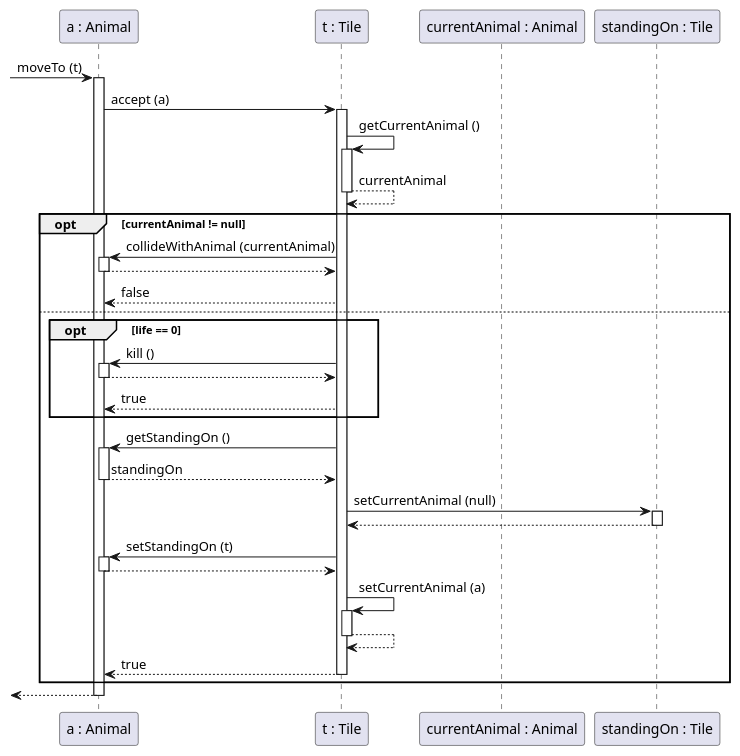
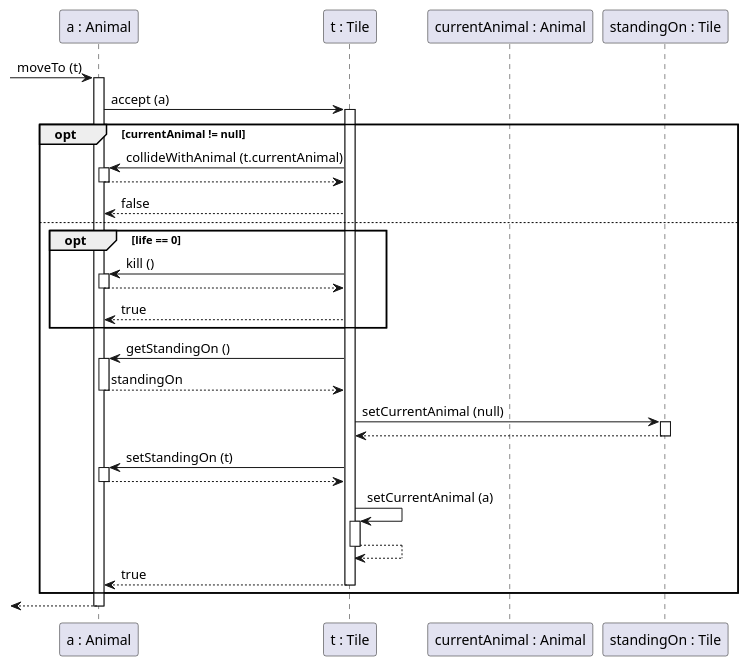
The diagram in 3-analysis-modell/java/src/main/plantuml/SequenceDiagram_Animal_moveTo.puml (bokovhu/software-project-laboratory-assignment), drawn with PlantUML before and after one commit. The commit also changed 2 other files, not shown here.

```diff
--- a/3-analysis-modell/java/src/main/plantuml/SequenceDiagram_Animal_moveTo.puml
+++ b/3-analysis-modell/java/src/main/plantuml/SequenceDiagram_Animal_moveTo.puml
@@ -1,56 +1,53 @@
 @startuml
 
 skinparam classAttributeIconSize 0
 skinparam guillemet false
 
 participant "a : Animal" as a
 participant "t : Tile" as t
 participant "currentAnimal : Animal" as currentAnimal
 participant "standingOn : Tile" as standingOn
 
 [-> a : moveTo (t)
 activate a
 
 a -> t ++ : accept (a)
 
-t -> t ++ : getCurrentAnimal ()
-t --> t -- : currentAnimal
-
 opt currentAnimal != null
 
-    t -> a ++ : collideWithAnimal (currentAnimal)
+    t -> a ++ : collideWithAnimal (t.currentAnimal)
     a --> t --
 
     t --> a : false
 
 else
 
     opt life == 0
 
         t -> a ++ : kill ()
         a --> t --
 
         t --> a : true
 
     end
 
     t -> a ++ : getStandingOn ()
     a --> t -- : standingOn
 
     t -> standingOn ++ : setCurrentAnimal (null)
     standingOn --> t --
 
     t -> a ++ : setStandingOn (t)
     a --> t --
 
     t -> t ++ : setCurrentAnimal (a)
     t --> t --
 
     t --> a -- : true
 
 end
 
 [<-- a
 deactivate a
 
 @enduml
```
